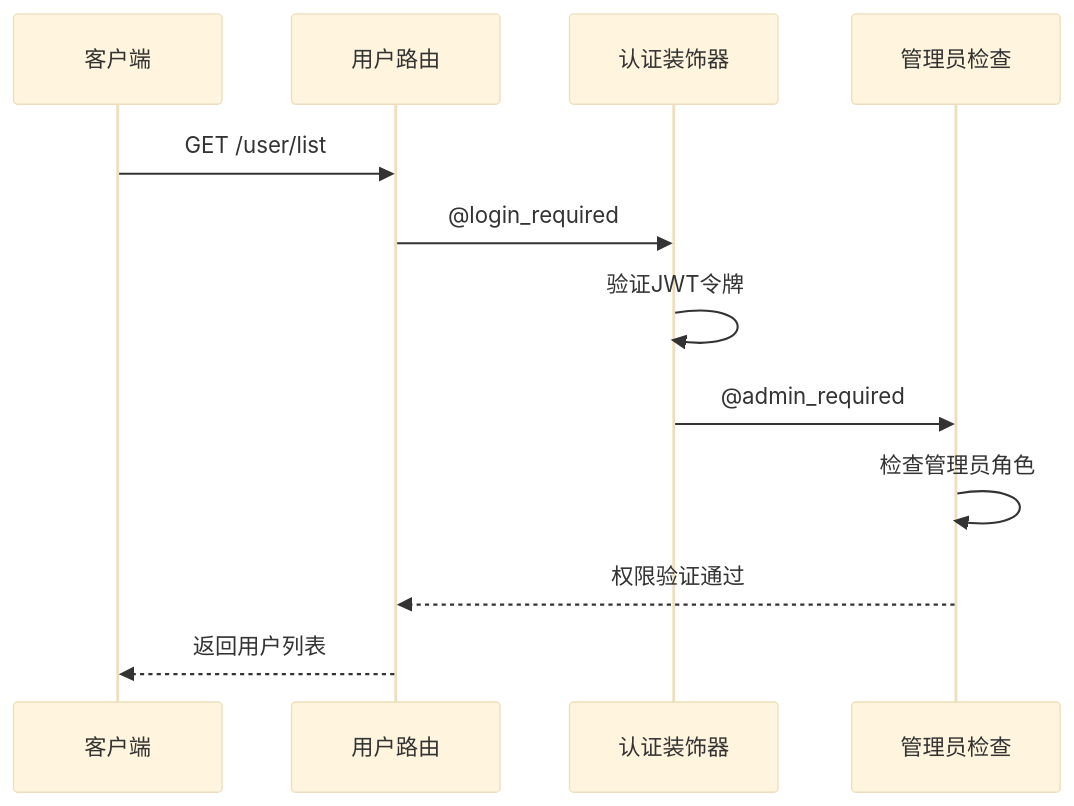
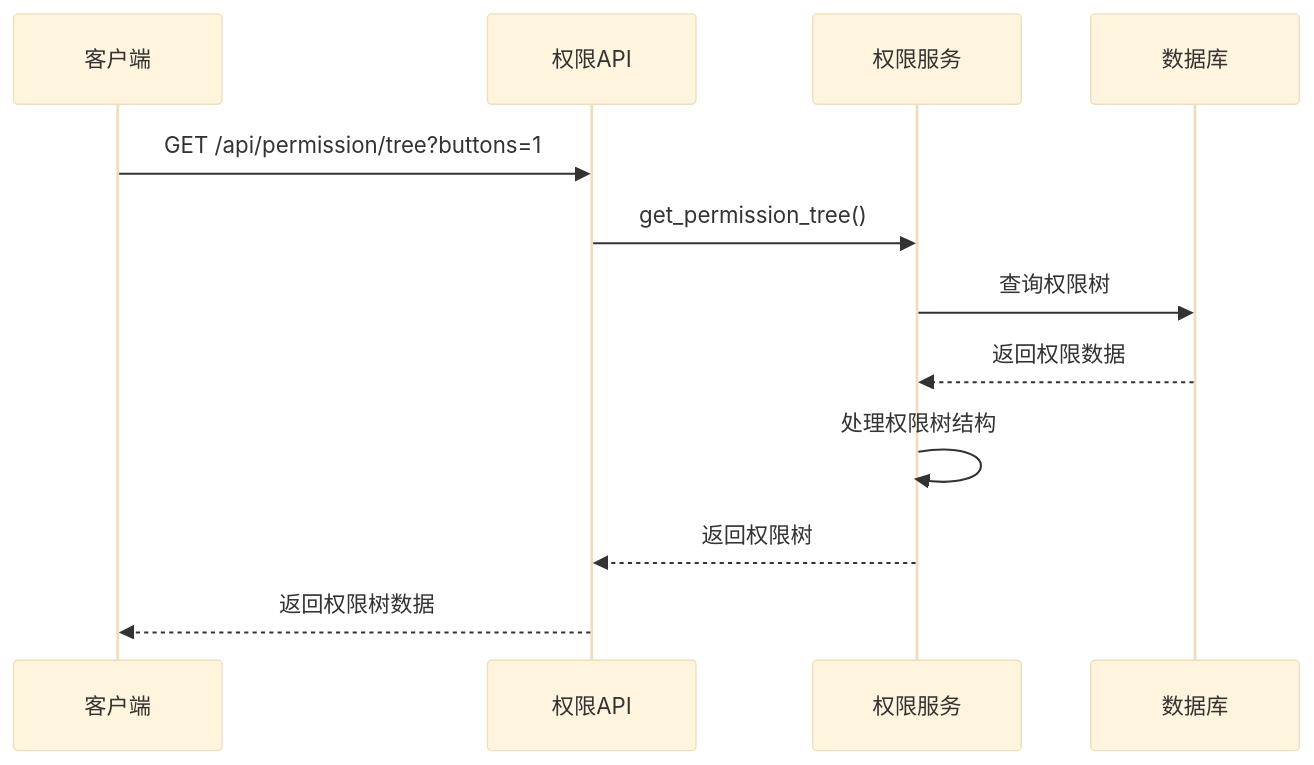
One commit to joezxh/QuantDinger changed the eighth of 13 diagrams in .qoder/repowiki/zh/content/用户管理与商业化/多用户系统/角色权限系统.md. Above: the diagram before and after it, drawn with Mermaid (base theme). The commit also changed other lines of this file and 548 other files, not shown here.

````diff
--- a/.qoder/repowiki/zh/content/用户管理与商业化/多用户系统/角色权限系统.md
+++ b/.qoder/repowiki/zh/content/用户管理与商业化/多用户系统/角色权限系统.md
@@ -301,14 +399,14 @@
 ```mermaid
 sequenceDiagram
 participant Client as 客户端
-participant UserRoute as 用户路由
-participant Auth as 认证装饰器
-participant AdminCheck as 管理员检查
-Client->>UserRoute : GET /user/list
-UserRoute->>Auth : @login_required
-Auth->>Auth : 验证JWT令牌
-Auth->>AdminCheck : @admin_required
-AdminCheck->>AdminCheck : 检查管理员角色
-AdminCheck-->>UserRoute : 权限验证通过
-UserRoute-->>Client : 返回用户列表
+participant API as 权限API
+participant Service as 权限服务
+participant DB as 数据库
+Client->>API : GET /api/permission/tree?buttons=1
+API->>Service : get_permission_tree()
+Service->>DB : 查询权限树
+DB-->>Service : 返回权限数据
+Service->>Service : 处理权限树结构
+Service-->>API : 返回权限树
+API-->>Client : 返回权限树数据
 ```
````
